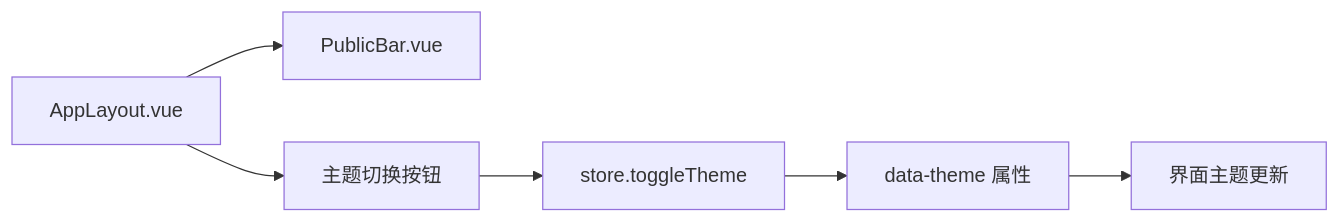
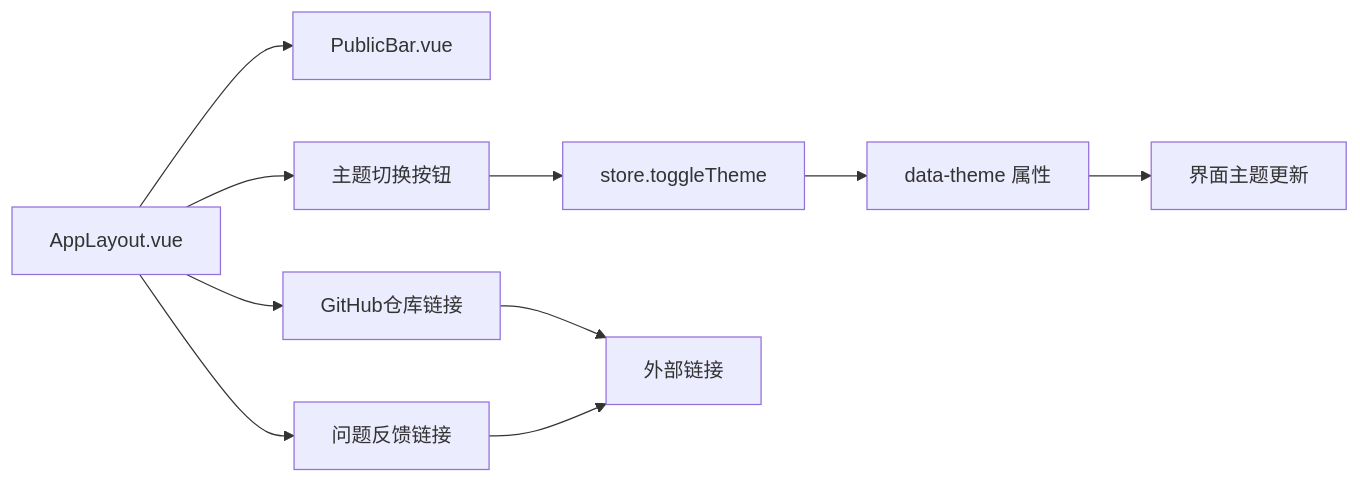
One commit to taoweidong/Hello-Tauri changed the sixth of 7 diagrams in .qoder/repowiki/zh/content/用户界面/核心组件/公共栏组件.md. Above: the diagram before and after it, drawn with Mermaid. The commit also changed other lines of this file and 14 other files, not shown here.

````diff
--- a/.qoder/repowiki/zh/content/用户界面/核心组件/公共栏组件.md
+++ b/.qoder/repowiki/zh/content/用户界面/核心组件/公共栏组件.md
@@ -261,8 +237,12 @@
 ```mermaid
 graph LR
 AL["AppLayout.vue"] --> PB["PublicBar.vue"]
 AL --> TH["主题切换按钮"]
+AL --> GH["GitHub仓库链接"]
+AL --> IF["问题反馈链接"]
 TH --> ST["store.toggleTheme"]
 ST --> DS["data-theme 属性"]
 DS --> UI["界面主题更新"]
+GH --> EXT["外部链接"]
+IF --> EXT
 ```
````
